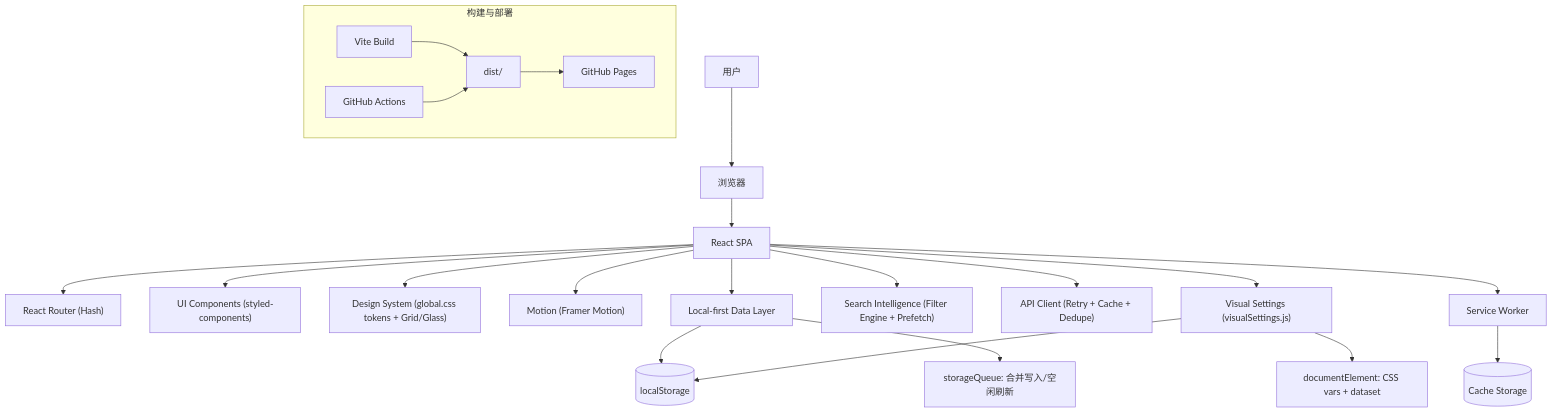
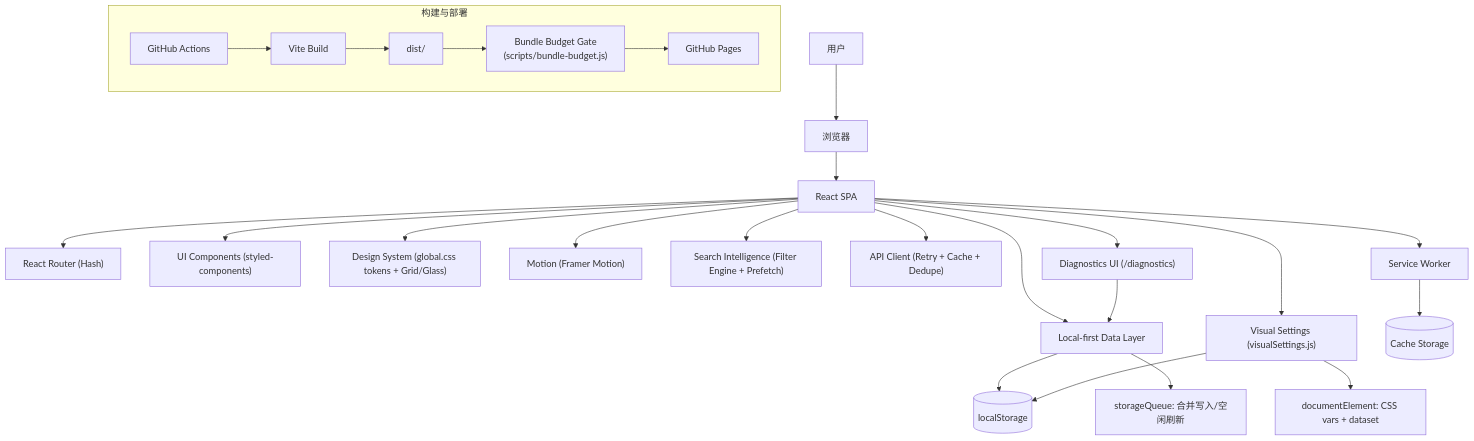
The first of 2 diagrams in helloagents/wiki/arch.md (TUR1412/Guoman), drawn with Mermaid before and after one commit. The commit also changed 21 other files, not shown here.

Commit message:
feat: diagnostics UI + bundle budget gate

````diff
--- a/helloagents/wiki/arch.md
+++ b/helloagents/wiki/arch.md
@@ -5,30 +5,34 @@
 ```mermaid
 flowchart TD
   User[用户] --> Browser[浏览器]
   Browser --> App[React SPA]
 
   App --> Router["React Router (Hash)"]
   App --> UI["UI Components (styled-components)"]
   App --> Design["Design System (global.css tokens + Grid/Glass)"]
   App --> Motion["Motion (Framer Motion)"]
 
   App --> Data["Local-first Data Layer"]
   Data --> LS[(localStorage)]
   Data --> Queue["storageQueue: 合并写入/空闲刷新"]
 
   App --> Search["Search Intelligence (Filter Engine + Prefetch)"]
   App --> Api["API Client (Retry + Cache + Dedupe)"]
 
   App --> Visual["Visual Settings (visualSettings.js)"]
   Visual --> LS
   Visual --> Root["documentElement: CSS vars + dataset"]
 
+  App --> Diagnostics["Diagnostics UI (/diagnostics)"]
+  Diagnostics --> Data
+
   App --> PWA[Service Worker]
   PWA --> Cache[(Cache Storage)]
 
   subgraph Build[构建与部署]
-    Vite[Vite Build] --> Dist[dist/]
-    Actions[GitHub Actions] --> Dist
-    Dist --> Pages[GitHub Pages]
+    Actions[GitHub Actions] --> Vite[Vite Build]
+    Vite --> Dist[dist/]
+    Dist --> Budget["Bundle Budget Gate\n(scripts/bundle-budget.js)"]
+    Budget --> Pages[GitHub Pages]
   end
 ```
````
